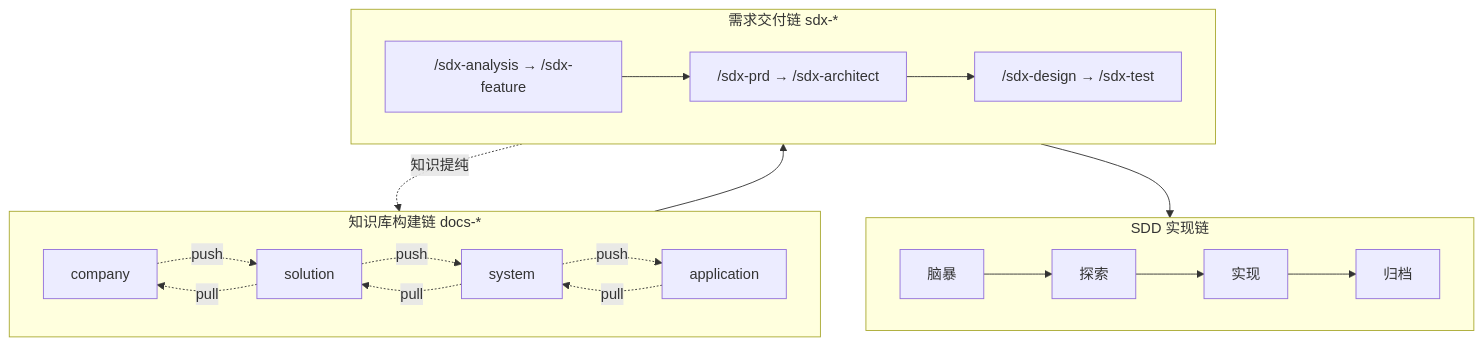
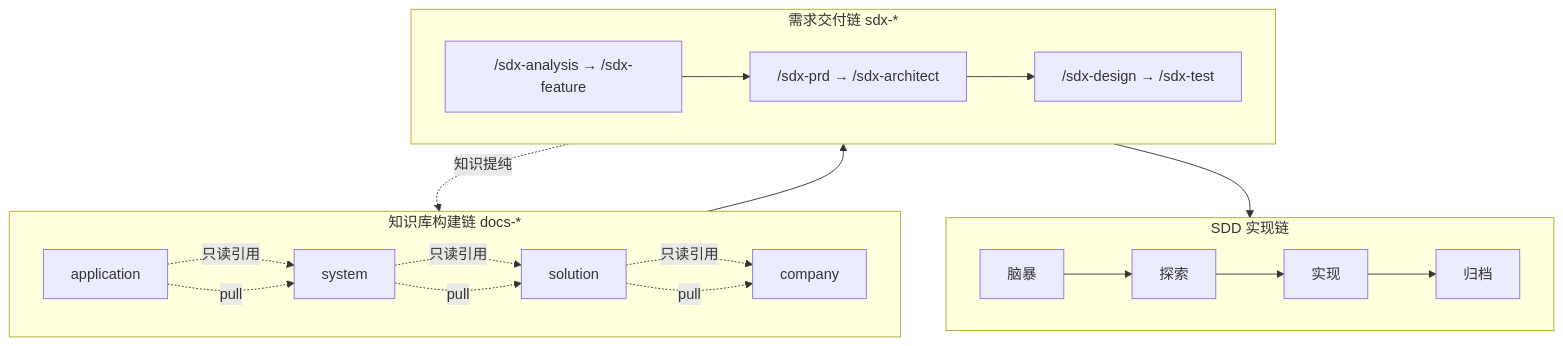
The diagram in README.md (oleewen/ai-knowledge), drawn with Mermaid before and after one commit. The commit also changed other lines of this file and 42 other files, not shown here.

````diff
--- a/README.md
+++ b/README.md
@@ -113,18 +113,18 @@
 ```mermaid
 flowchart TD
     subgraph KB["知识库构建链 docs-*"]
         direction LR
-        KB_CO["company"] -. push .-> KB_SLN["solution"] -. push .-> KB_SYS["system"] -. push .-> KB_APP["application"]
+        KB_APP["application"] -. 只读引用 .-> KB_SYS["system"] -. 只读引用 .-> KB_SLN["solution"] -. 只读引用 .-> KB_CO["company"]
         KB_APP -. pull .-> KB_SYS -. pull .-> KB_SLN -. pull .-> KB_CO
     end
     subgraph RD["需求交付链 sdx-*"]
         direction LR
         RD1["/sdx-analysis → /sdx-feature"] --> RD2["/sdx-prd → /sdx-architect"] --> RD3["/sdx-design → /sdx-test"]
     end
     subgraph SDD["SDD 实现链"]
         direction LR
         SDD1["脑暴"] --> SDD2["探索"] --> SDD3["实现"] --> SDD4["归档"]
     end
     RD -. 知识提纯 .-> KB
     KB --> RD --> SDD
 ```
````
